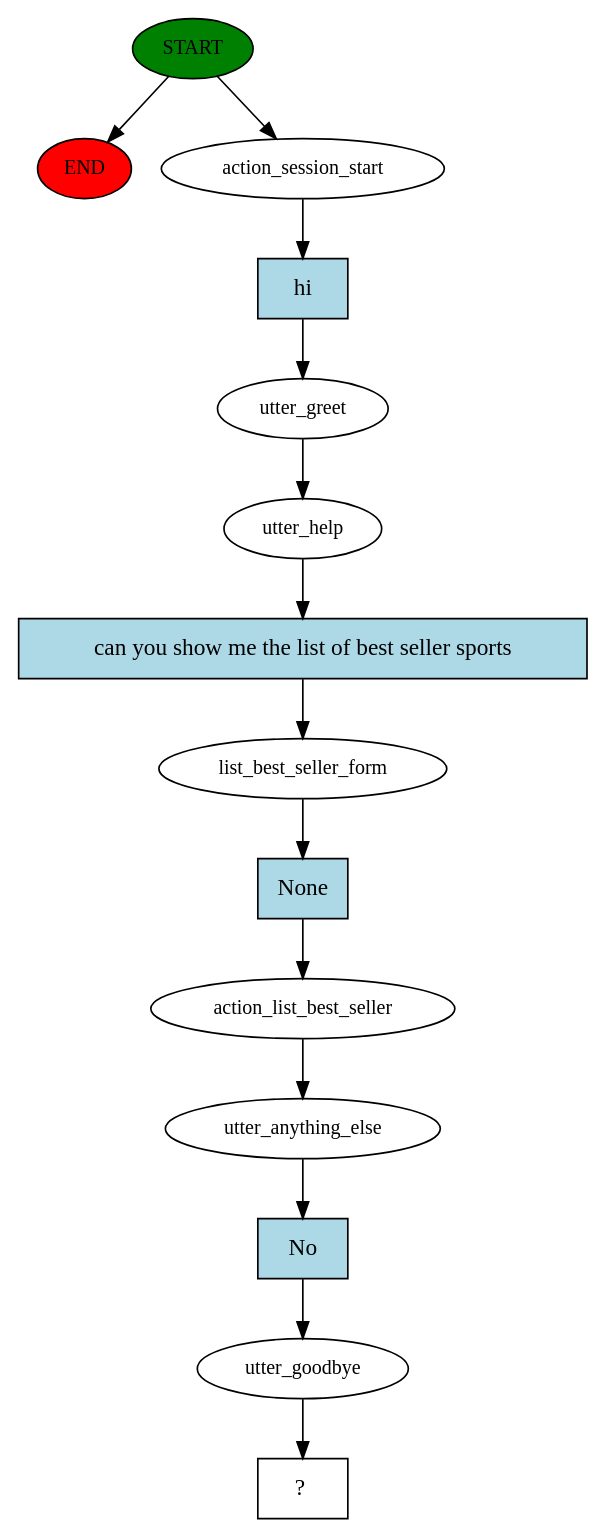
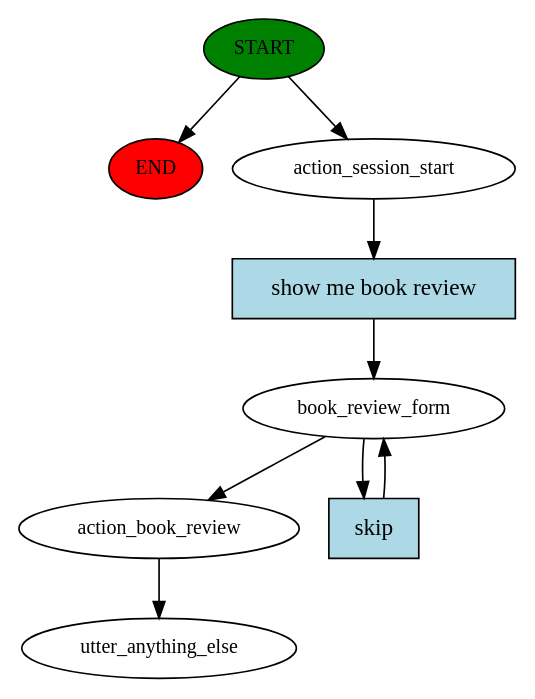
Before and after one commit to izzanzahrial/nytimes-rasa-bot: the diagram in story_graph.dot, drawn with Graphviz. The commit also changed 20 other files, not shown here.

```diff
--- a/story_graph.dot
+++ b/story_graph.dot
@@ -1,29 +1,18 @@
 digraph  {
 0 [class="start active", fillcolor=green, fontsize=12, label=START, style=filled];
 "-1" [class=end, fillcolor=red, fontsize=12, label=END, style=filled];
 1 [class=active, fontsize=12, label=action_session_start];
-2 [class=active, fontsize=12, label=utter_greet];
-3 [class=active, fontsize=12, label=utter_help];
-4 [class=active, fontsize=12, label=list_best_seller_form];
-5 [class=active, fontsize=12, label=action_list_best_seller];
-6 [class=active, fontsize=12, label=utter_anything_else];
-7 [class=active, fontsize=12, label=utter_goodbye];
-8 [class="intent dashed active", label="  ?  ", shape=rect];
-9 [class="intent active", fillcolor=lightblue, label=hi, shape=rect, style=filled];
-10 [class="intent active", fillcolor=lightblue, label="can you show me the list of best seller sports", shape=rect, style=filled];
-11 [class="intent active", fillcolor=lightblue, label=None, shape=rect, style=filled];
-12 [class="intent active", fillcolor=lightblue, label=No, shape=rect, style=filled];
+2 [class=active, fontsize=12, label=book_review_form];
+6 [class=active, fontsize=12, label=action_book_review];
+7 [class="dashed active", fontsize=12, label=utter_anything_else];
+8 [class="intent active", fillcolor=lightblue, label="show me book review", shape=rect, style=filled];
+9 [class="intent active", fillcolor=lightblue, label=skip, shape=rect, style=filled];
 0 -> "-1"  [class="", key=NONE, label=""];
 0 -> 1  [class=active, key=NONE, label=""];
-1 -> 9  [class=active, key=0];
-2 -> 3  [class=active, key=NONE, label=""];
-3 -> 10  [class=active, key=0];
-4 -> 11  [class=active, key=0];
-5 -> 6  [class=active, key=NONE, label=""];
-6 -> 12  [class=active, key=0];
-7 -> 8  [class=active, key=NONE, label=""];
+1 -> 8  [class=active, key=0];
+2 -> 6  [class=active, key=NONE, label=""];
+2 -> 9  [class=active, key=0];
+6 -> 7  [class=active, key=NONE, label=""];
+8 -> 2  [class=active, key=0];
 9 -> 2  [class=active, key=0];
-10 -> 4  [class=active, key=0];
-11 -> 5  [class=active, key=0];
-12 -> 7  [class=active, key=0];
 }
```
